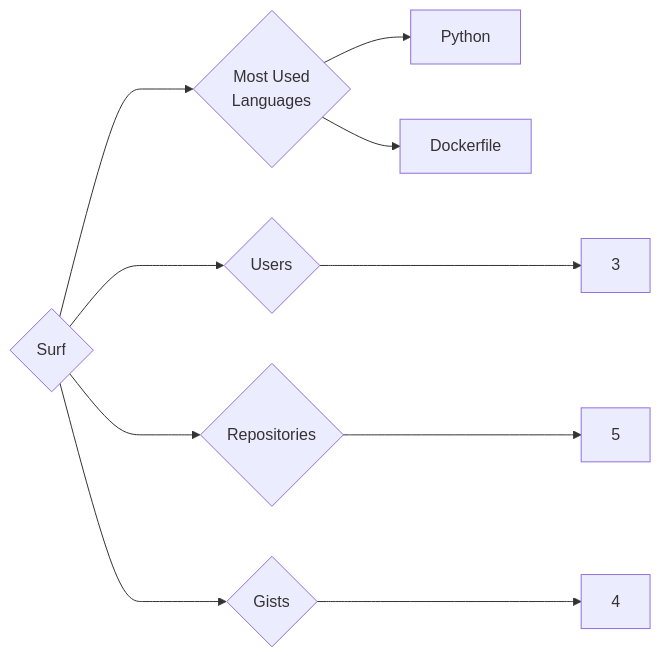
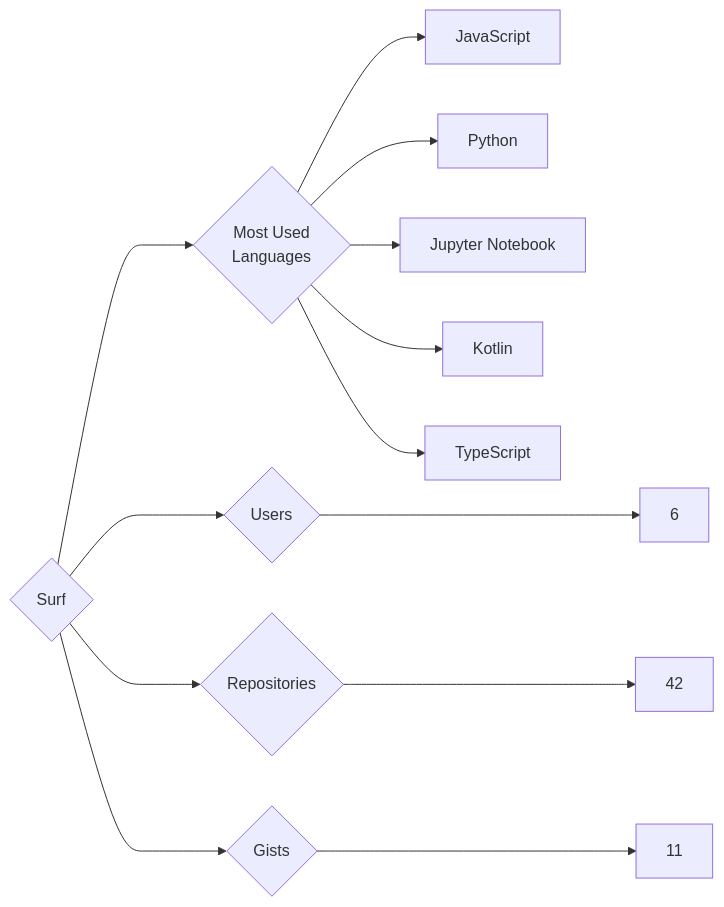
One commit to trickest/insiders changed the diagram in targets/Surf/README.md. Above: the diagram before and after it, drawn with Mermaid. The commit also changed 765 other files, not shown here.

````diff
--- a/targets/Surf/README.md
+++ b/targets/Surf/README.md
@@ -3,10 +3,13 @@
 ```mermaid
 graph LR
 COMPANY_NAME{Surf}
-COMPANY_NAME ---> U{Users} ---> UN[3]
-COMPANY_NAME ---> R{Repositories} ---> RN[5]
-COMPANY_NAME ---> G{Gists} ---> GN[4]
+COMPANY_NAME ---> U{Users} ---> UN[6]
+COMPANY_NAME ---> R{Repositories} ---> RN[42]
+COMPANY_NAME ---> G{Gists} ---> GN[11]
 COMPANY_NAME ---> ML{Most Used<br>Languages}
+ML --> JavaScript[JavaScript]
 ML --> Python[Python]
-ML --> Dockerfile[Dockerfile]
+ML --> Jupyter_Notebook[Jupyter Notebook]
+ML --> Kotlin[Kotlin]
+ML --> TypeScript[TypeScript]
 ```
````
